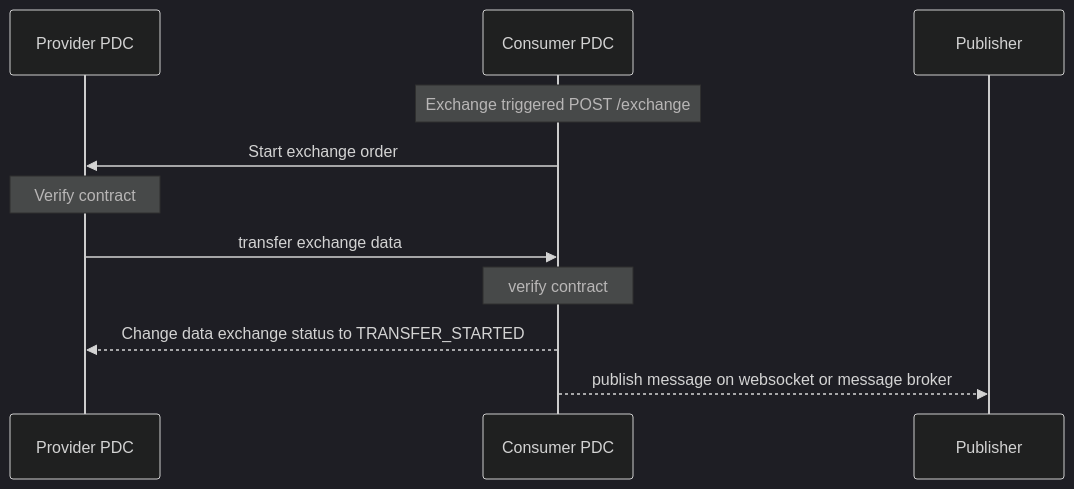
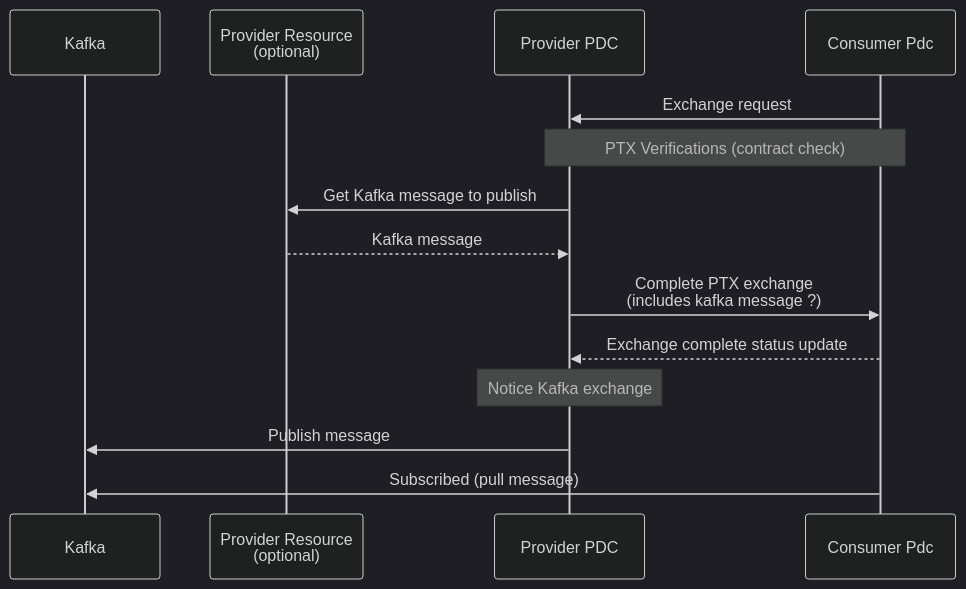
One commit to Visions-Nicolas/dataspace-connector changed the first of 2 diagrams in docs/MESSAGE_BROKER.md. Above: the diagram before and after it, drawn with Mermaid (dark theme). The commit also changed other lines of this file, not shown here.

Commit message:
docs: MESSAGE_BROKER.md update

````diff
--- a/docs/MESSAGE_BROKER.md
+++ b/docs/MESSAGE_BROKER.md
@@ -22,13 +3,19 @@
 ```mermaid
+
 sequenceDiagram
-    participant Provider PDC
-    participant Consumer PDC
-    participant Publisher
-    Note over Consumer PDC: Exchange triggered POST /exchange
-    Consumer PDC->>Provider PDC: Start exchange order
-    Note over Provider PDC: Verify contract
-    Provider PDC->>Consumer PDC: transfer exchange data
-    Note over Consumer PDC: verify contract
-    Consumer PDC-->>Provider PDC: Change data exchange status to TRANSFER_STARTED
-    Consumer PDC-->>Publisher: publish message on websocket or message broker
+  participant K as Kafka
+  participant PR as Provider Resource<br>(optional)
+  participant PPDC as Provider PDC
+  participant CPDC as Consumer Pdc
+
+  CPDC ->> PPDC: Exchange request
+  Note over PPDC,CPDC: PTX Verifications (contract check)
+  PPDC ->> PR: Get Kafka message to publish
+  PR -->> PPDC: Kafka message
+  PPDC ->> CPDC: Complete PTX exchange <br>(includes kafka message ?) 
+  CPDC -->> PPDC: Exchange complete status update
+  Note over PPDC: Notice Kafka exchange
+  PPDC ->> K: Publish message
+  CPDC ->> K: Subscribed (pull message)
+
 ```
````
